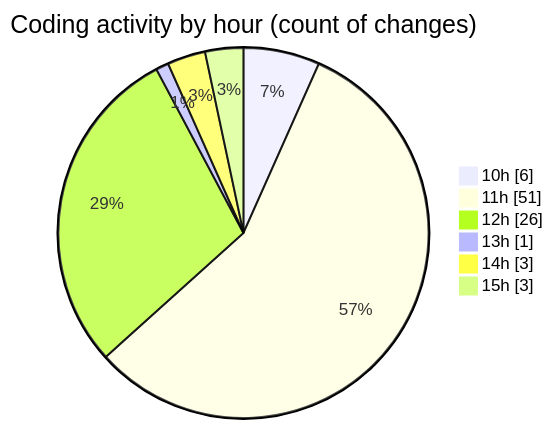
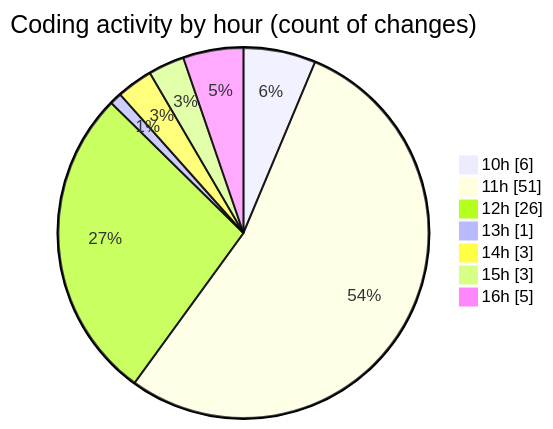
Before and after one commit to nxtqubesakshisongat/code-tracking: the second of 2 diagrams in 2026-04-09/airfeed-analytics-dashboard/README.md, drawn with Mermaid. The commit also changed other lines of this file and 1 other file, not shown here.

````diff
--- a/2026-04-09/airfeed-analytics-dashboard/README.md
+++ b/2026-04-09/airfeed-analytics-dashboard/README.md
@@ -35,10 +35,11 @@
 ```mermaid
 pie showData
 title Coding activity by hour (count of changes)
 "10h" : 6
 "11h" : 51
 "12h" : 26
 "13h" : 1
 "14h" : 3
 "15h" : 3
+"16h" : 5
 ```
````
